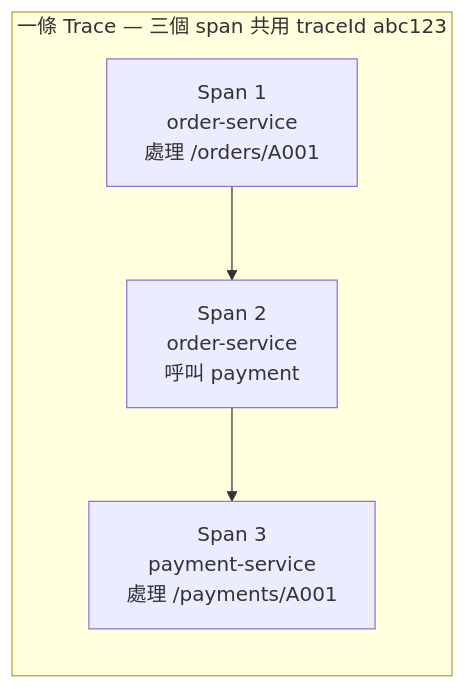
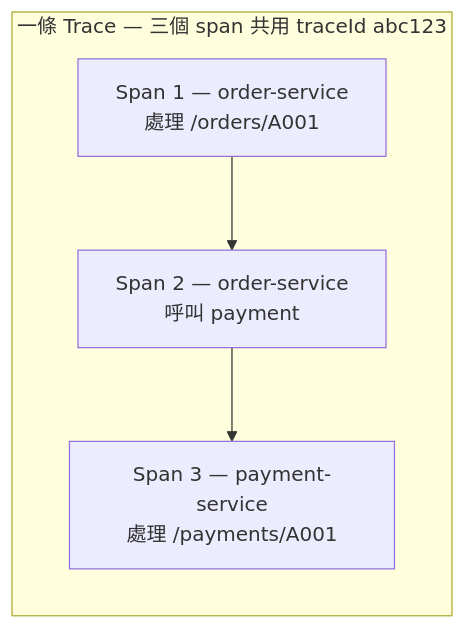
Before and after one commit to ChunPingWang/springboot2-sleuth-zipkin-es-poc: the first of 7 diagrams in README.md, drawn with Mermaid.

Commit message:
微調 span 樹圖節點文字排版

````diff
--- a/README.md
+++ b/README.md
@@ -42,7 +42,7 @@
 ```mermaid
 flowchart LR
     subgraph T["一條 Trace — 三個 span 共用 traceId abc123"]
-        A["Span 1<br/>order-service<br/>處理 /orders/A001"] --> B["Span 2<br/>order-service<br/>呼叫 payment"]
-        B --> C["Span 3<br/>payment-service<br/>處理 /payments/A001"]
+        A["Span 1 — order-service<br/>處理 /orders/A001"] --> B["Span 2 — order-service<br/>呼叫 payment"]
+        B --> C["Span 3 — payment-service<br/>處理 /payments/A001"]
     end
 ```
````
